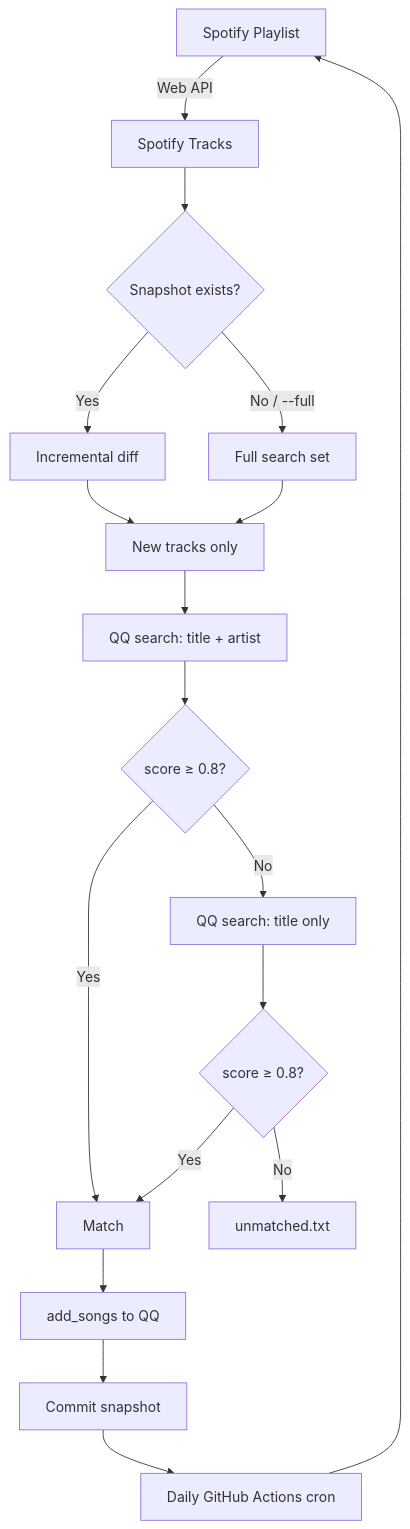
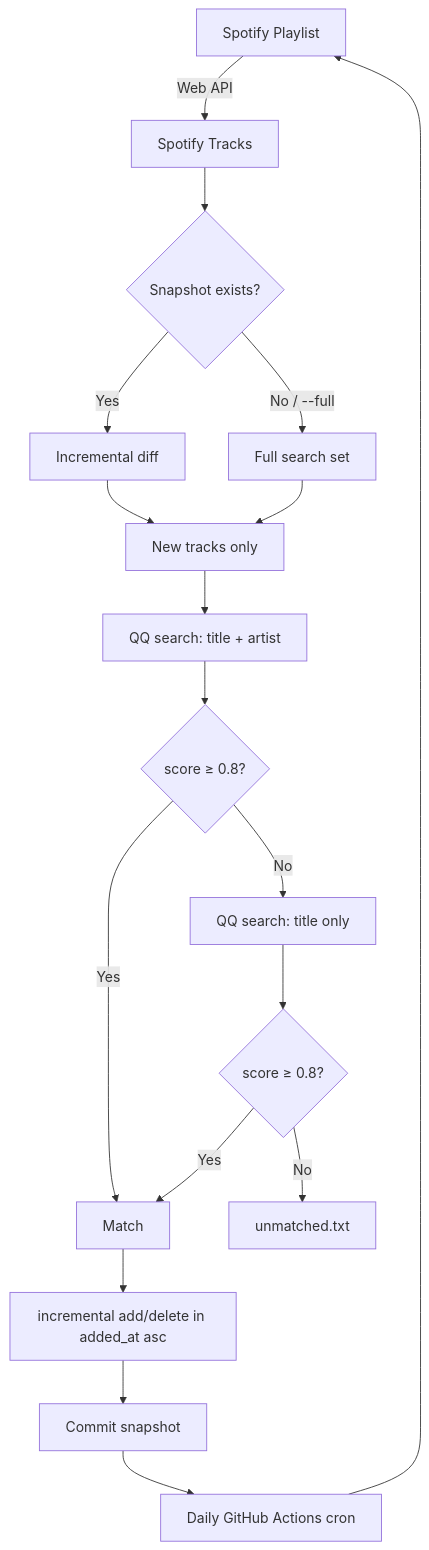
One commit to jiaweizhang1995/spotify-sync-qqmusic changed the diagram in README.md. Above: the diagram before and after it, drawn with Mermaid. The commit also changed other lines of this file and 15 other files, not shown here.

````diff
--- a/README.md
+++ b/README.md
@@ -8,20 +8,20 @@
 ```mermaid
 flowchart TD
     A[Spotify Playlist] -->|Web API| B[Spotify Tracks]
     B --> C{Snapshot exists?}
     C -->|Yes| D[Incremental diff]
     C -->|No / --full| E[Full search set]
     D --> F[New tracks only]
     E --> F
     F --> G[QQ search: title + artist]
     G --> H{score ≥ 0.8?}
     H -->|Yes| J[Match]
     H -->|No| I[QQ search: title only]
     I --> K{score ≥ 0.8?}
     K -->|Yes| J
     K -->|No| L[unmatched.txt]
-    J --> M[add_songs to QQ]
+    J --> M[incremental add/delete in added_at asc]
     M --> N[Commit snapshot]
     N --> O[Daily GitHub Actions cron]
     O --> A
 ```
````
